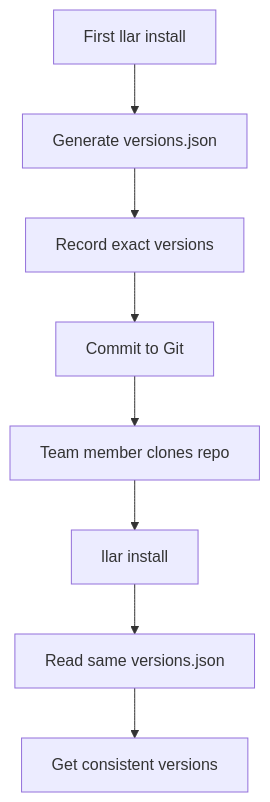
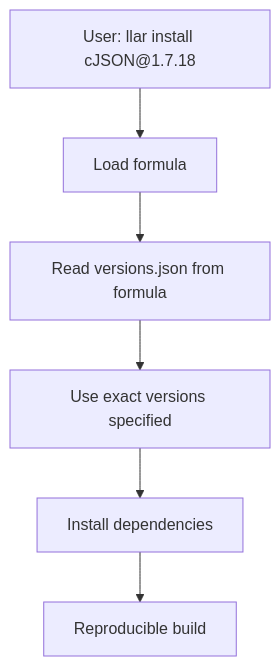
The fifth of 10 diagrams in doc/design.md (goplus/llar), drawn with Mermaid before and after one commit. The commit also changed other lines of this file, not shown here.

````diff
--- a/doc/design.md
+++ b/doc/design.md
@@ -274,10 +205,8 @@
 ```mermaid
 graph TD
-    A[First llar install] --> B[Generate versions.json]
-    B --> C[Record exact versions]
-    C --> D[Commit to Git]
-    D --> E[Team member clones repo]
-    E --> F[llar install]
-    F --> G[Read same versions.json]
-    G --> H[Get consistent versions]
+    A[User: llar install cJSON@1.7.18] --> B[Load formula]
+    B --> C[Read versions.json from formula]
+    C --> D[Use exact versions specified]
+    D --> E[Install dependencies]
+    E --> F[Reproducible build]
 ```
````
